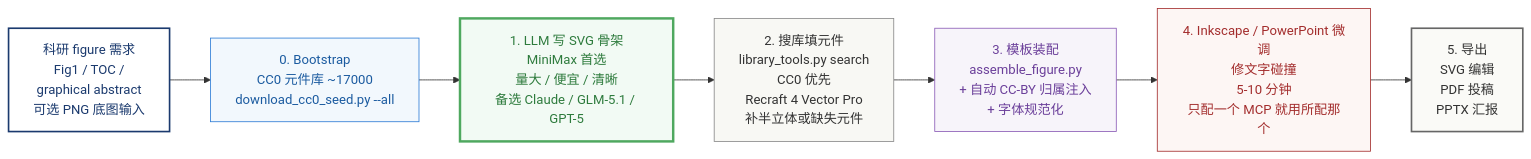
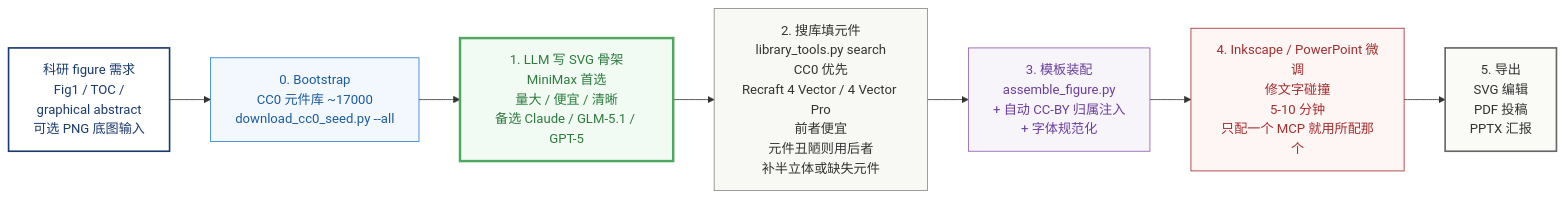
Before and after one commit to WuyangFF95/CC_icons: the diagram in SKILL.md, drawn with Mermaid.

Commit message:
docs(sci-pipeline): mermaid node D — Recraft tier guidance docs(sci-pipeline): mermaid 节点 D — Recraft 档位选择指引
Replace the single "Recraft 4 Vector Pro" line with both tiers and a
plain-language fallback rule:

  Recraft 4 Vector / 4 Vector Pro
  前者便宜
  元件丑陋则用后者
  补半立体或缺失元件

Reflects how the user actually picks: start cheap (Vector), upgrade
only when the cheap tier produces an aesthetically poor result.
Keeps the role context ("补半立体或缺失元件") from the previous
revision intact.

把 Recraft 行从单一 "4 Vector Pro" 拓展为两档 + 朴素 fallback 规则：

  Recraft 4 Vector / 4 Vector Pro
  前者便宜
  元件丑陋则用后者
  补半立体或缺失元件

反映用户实际选档逻辑：先便宜的 Vector 试，丑了再升 Pro。保留上一版
的角色上下文（"补半立体或缺失元件"）。

````diff
--- a/SKILL.md
+++ b/SKILL.md
@@ -40,17 +40,17 @@
 ```mermaid
 flowchart LR
     A[科研 figure 需求<br/>Fig1 / TOC /<br/>graphical abstract<br/>可选 PNG 底图输入] --> B[0. Bootstrap<br/>CC0 元件库 ~17000<br/>download_cc0_seed.py --all]
     B --> C[1. LLM 写 SVG 骨架<br/>MiniMax 首选<br/>量大 / 便宜 / 清晰<br/>备选 Claude / GLM-5.1 / GPT-5]
-    C --> D[2. 搜库填元件<br/>library_tools.py search<br/>CC0 优先<br/>Recraft 4 Vector Pro<br/>补半立体或缺失元件]
+    C --> D[2. 搜库填元件<br/>library_tools.py search<br/>CC0 优先<br/>Recraft 4 Vector / 4 Vector Pro<br/>前者便宜<br/>元件丑陋则用后者<br/>补半立体或缺失元件]
     D --> E[3. 模板装配<br/>assemble_figure.py<br/>+ 自动 CC-BY 归属注入<br/>+ 字体规范化]
     E --> F[4. Inkscape / PowerPoint 微调<br/>修文字碰撞<br/>5-10 分钟<br/>只配一个 MCP 就用所配那个]
     F --> G[5. 导出<br/>SVG 编辑<br/>PDF 投稿<br/>PPTX 汇报]
 
     style A fill:#FFFFFF,stroke:#1B3A6E,stroke-width:2px,color:#1B3A6E
     style B fill:#F2F8FD,stroke:#2E7CD6,color:#1B5BA0
     style C fill:#F2FAF4,stroke:#4FA85F,stroke-width:3px,color:#2E7B3D
     style D fill:#F8F8F4,stroke:#888,color:#333
     style E fill:#F7F4FA,stroke:#8B5CB7,color:#6B3F9A
     style F fill:#FDF6F4,stroke:#A32D2D,color:#A32D2D
     style G fill:#FAFAF7,stroke:#666,stroke-width:2px,color:#333
 ```
````
